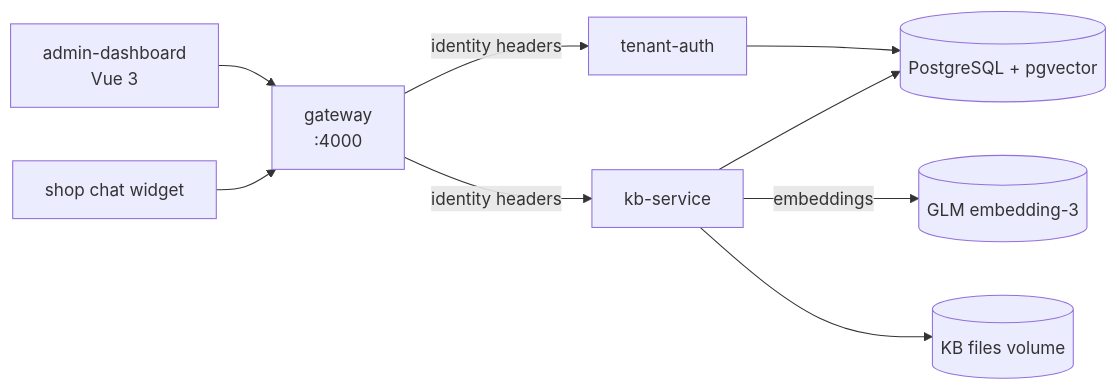
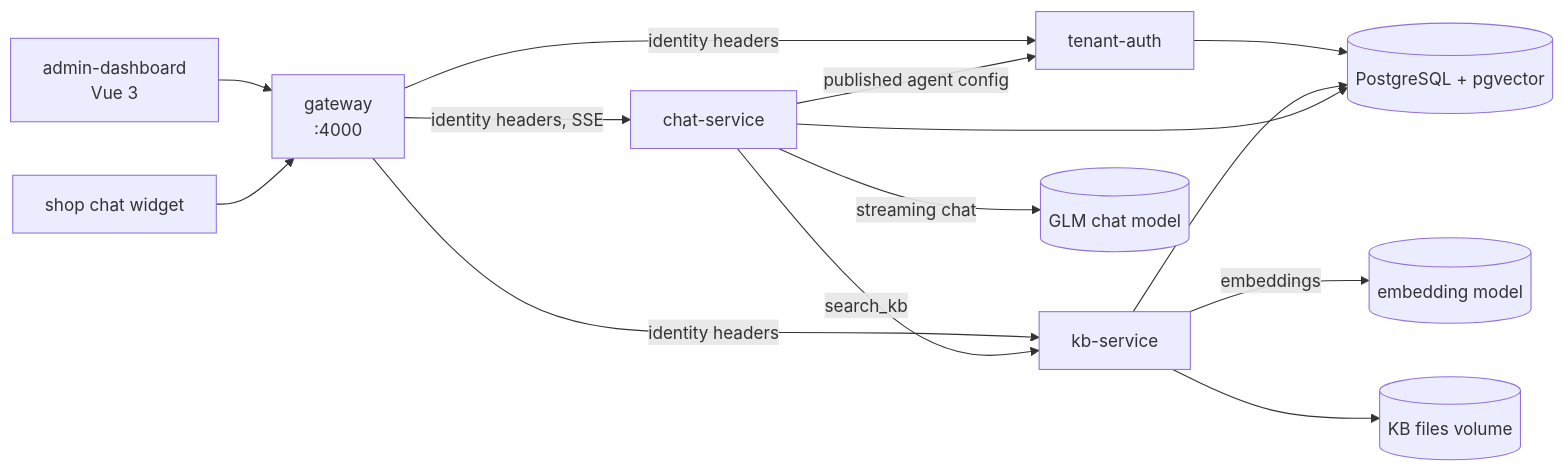
Before and after one commit to kalen1o/helpix: the diagram in README.md, drawn with Mermaid. The commit also changed other lines of this file and 206 other files, not shown here.

First line of the commit message:
Step 3: agent (chat-service, playground, conversations) (#5)

````diff
--- a/README.md
+++ b/README.md
@@ -120,11 +124,16 @@
 ```mermaid
 flowchart LR
   D[admin-dashboard<br/>Vue 3] --> G[gateway<br/>:4000]
   W[shop chat widget] --> G
   G -- identity headers --> T[tenant-auth]
   G -- identity headers --> K[kb-service]
-  K -- embeddings --> L[(GLM embedding-3)]
+  G -- identity headers, SSE --> C[chat-service]
+  C -- published agent config --> T
+  C -- search_kb --> K
+  C -- streaming chat --> M[(GLM chat model)]
+  K -- embeddings --> L[(embedding model)]
   T --> P[(PostgreSQL + pgvector)]
   K --> P
+  C --> P
   K --> F[(KB files volume)]
 ```
````
